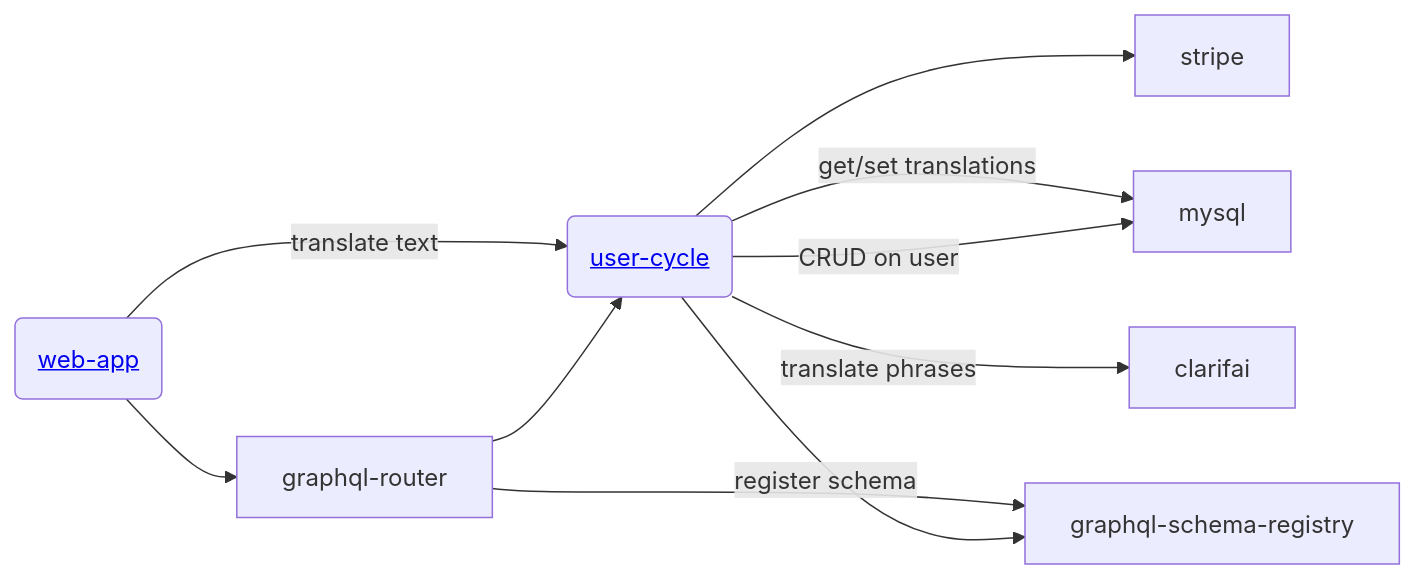
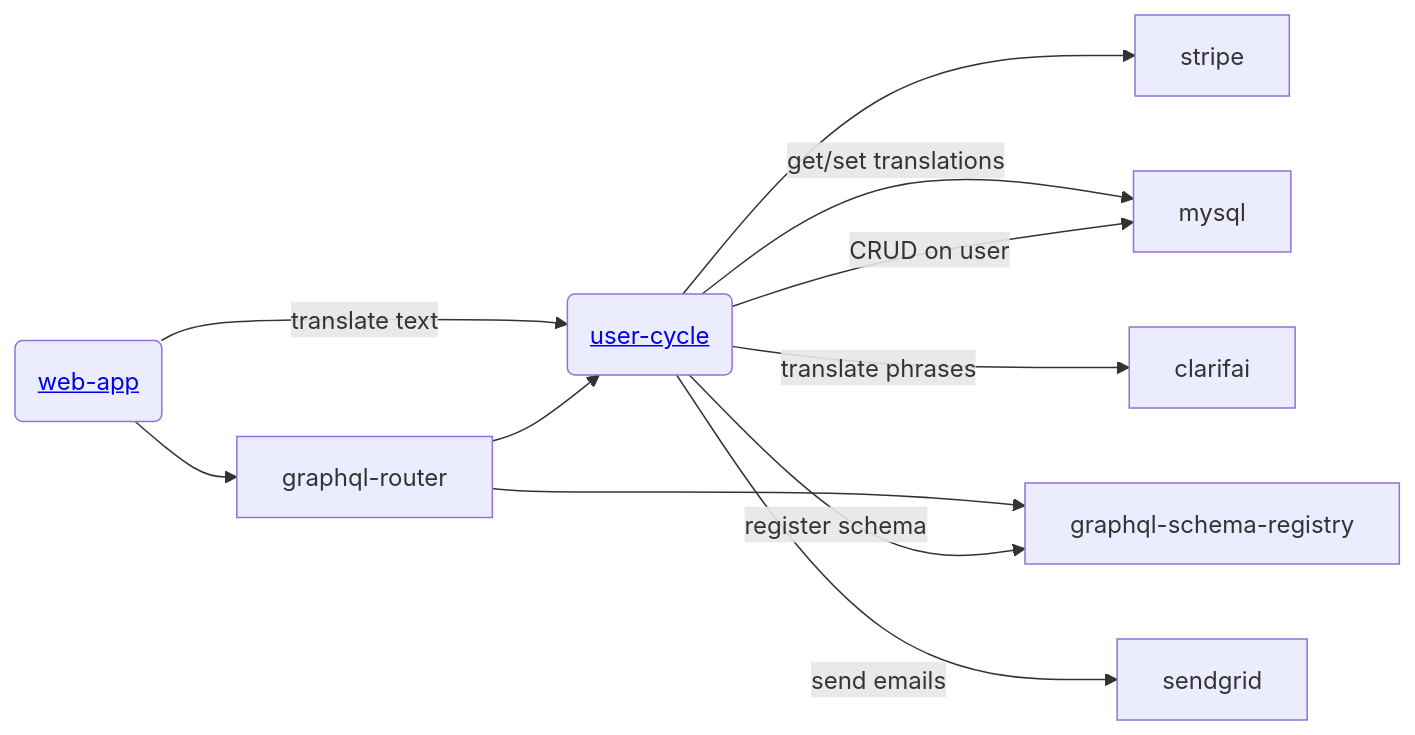
The diagram in README.md (Gratheon/user-cycle), drawn with Mermaid before and after one commit.

````diff
--- a/README.md
+++ b/README.md
@@ -13,12 +13,14 @@
 ```mermaid
 flowchart LR
     web-app("<a href='https://github.com/Gratheon/web-app'>web-app</a>") --> graphql-router
     
     graphql-router --> user-cycle("<a href='https://github.com/Gratheon/user-cycle'>user-cycle</a>") --"CRUD on user"--> mysql
     user-cycle --> stripe
     user-cycle --"register schema"--> graphql-schema-registry
     graphql-router --> graphql-schema-registry
 
     web-app--"translate text" --> user-cycle --"translate phrases"--> clarifai
     user-cycle--"get/set translations"--> mysql
+
+    user-cycle--"send emails"--> sendgrid
 ```
````
